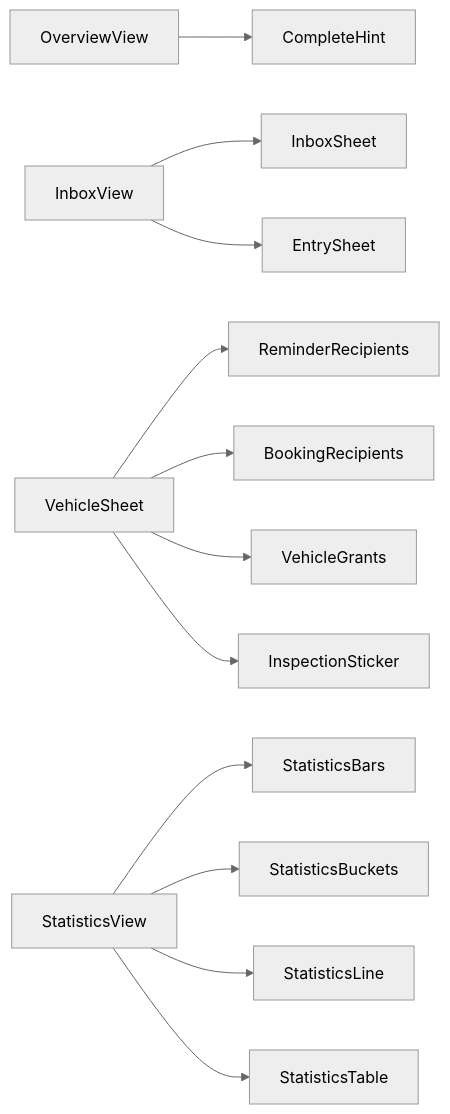
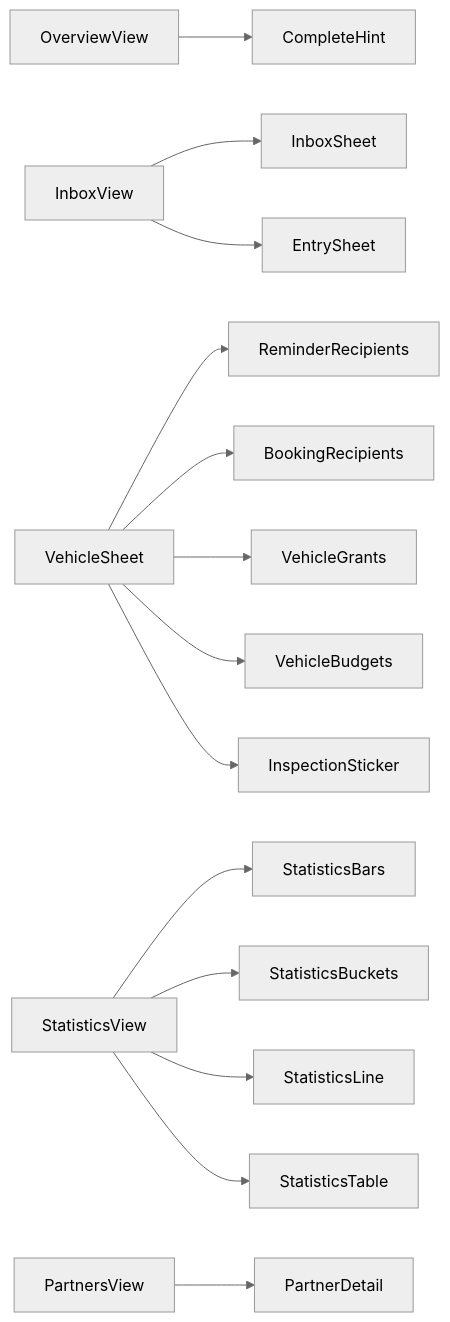
The tenth of 12 diagrams in docs/design/components.md (typical42/next-fleet), drawn with Mermaid (neutral theme) before and after one commit. The commit also changed other lines of this file and 205 other files, not shown here.

````diff
--- a/docs/design/components.md
+++ b/docs/design/components.md
@@ -291,22 +331,26 @@
 ```mermaid
 flowchart LR
     Overview["OverviewView"]
     Hint["CompleteHint"]
     Inbox["InboxView"]
     InboxSheet["InboxSheet"]
     Entry["EntrySheet"]
     Sheet["VehicleSheet"]
     Recipients["ReminderRecipients"]
     Notices["BookingRecipients"]
     Grants["VehicleGrants"]
+    Budgets["VehicleBudgets"]
     Inspection["InspectionSticker"]
     Statistics["StatisticsView"]
     Bars["StatisticsBars"]
     Buckets["StatisticsBuckets"]
     Line["StatisticsLine"]
     Table["StatisticsTable"]
+    Partners["PartnersView"]
+    PartnerDetail["PartnerDetail"]
     Overview --> Hint
     Inbox --> InboxSheet & Entry
-    Sheet --> Recipients & Notices & Grants & Inspection
+    Sheet --> Recipients & Notices & Grants & Budgets & Inspection
     Statistics --> Bars & Buckets & Line & Table
+    Partners --> PartnerDetail
 ```
````
